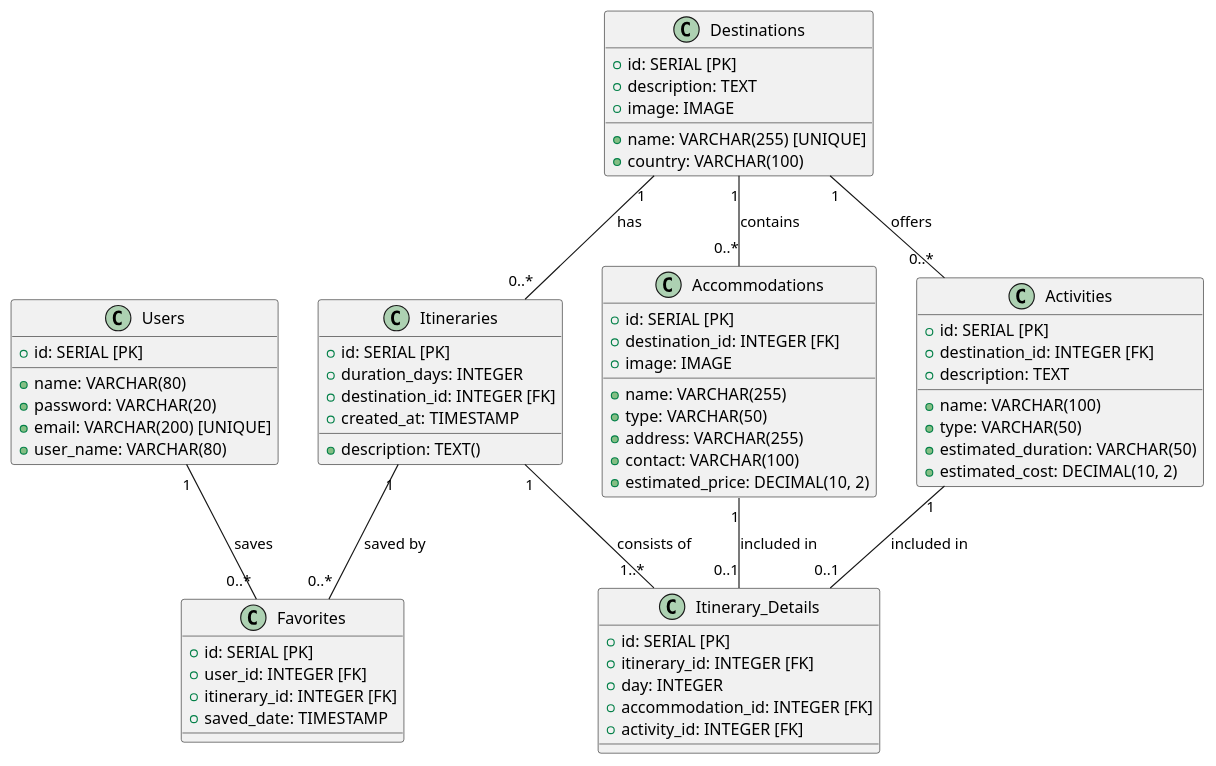
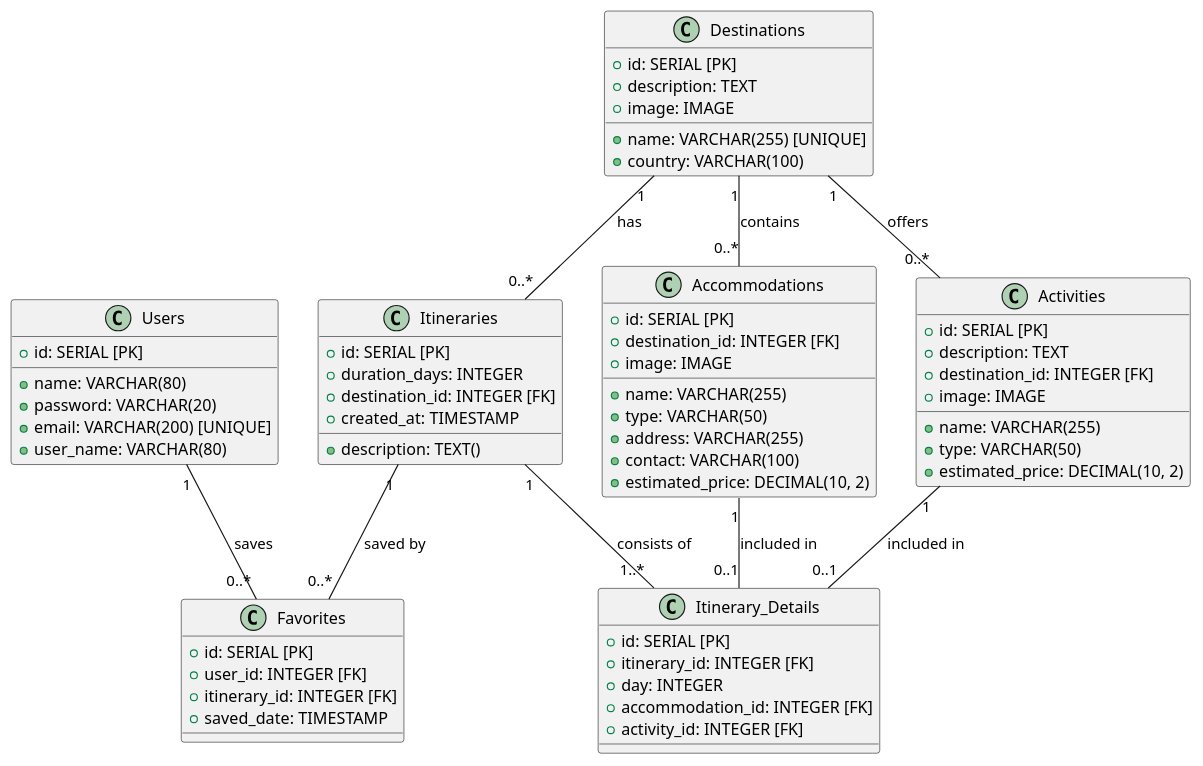
Before and after one commit to Fire-Fairy84/trip_planner_back: the diagram in diagram.puml, drawn with PlantUML.

Commit message:
diagram activities

```diff
--- a/diagram.puml
+++ b/diagram.puml
@@ -1,76 +1,76 @@
    @startuml
 
 ' Definition of the entities
 
 class Users {
     +id: SERIAL [PK]
     +name: VARCHAR(80)
     +password: VARCHAR(20)
     +email: VARCHAR(200) [UNIQUE]
     +user_name: VARCHAR(80)
 }
 
 class Destinations {
     +id: SERIAL [PK]
     +name: VARCHAR(255) [UNIQUE]
     +description: TEXT
     +country: VARCHAR(100)
     +image: IMAGE
 }
 
 class Accommodations {
     +id: SERIAL [PK]
     +name: VARCHAR(255)
     +type: VARCHAR(50)
     +address: VARCHAR(255)
     +contact: VARCHAR(100)
     +estimated_price: DECIMAL(10, 2)
     +destination_id: INTEGER [FK]
     +image: IMAGE
 }
 
 class Activities {
     +id: SERIAL [PK]
+    +name: VARCHAR(255)
+    +type: VARCHAR(50)
+    +description: TEXT
+    +estimated_price: DECIMAL(10, 2)
     +destination_id: INTEGER [FK]
-    +name: VARCHAR(100)
-    +description: TEXT
-    +type: VARCHAR(50)
-    +estimated_duration: VARCHAR(50)
-    +estimated_cost: DECIMAL(10, 2)
+    +image: IMAGE
 }
 
 class Itineraries {
     +id: SERIAL [PK]
     +description: TEXT()
     +duration_days: INTEGER
     +destination_id: INTEGER [FK]
     +created_at: TIMESTAMP
 }
 
 class Itinerary_Details {
     +id: SERIAL [PK]
     +itinerary_id: INTEGER [FK]
     +day: INTEGER
     +accommodation_id: INTEGER [FK]
     +activity_id: INTEGER [FK]
 }
 
 class Favorites {
     +id: SERIAL [PK]
     +user_id: INTEGER [FK]
     +itinerary_id: INTEGER [FK]
     +saved_date: TIMESTAMP
 }
 
 ' Relationships with cardinality
 
 Users "1" -- "0..*" Favorites : saves
 Destinations "1" -- "0..*" Accommodations : contains
 Destinations "1" -- "0..*" Activities : offers
 Destinations "1" -- "0..*" Itineraries : has
 Itineraries "1" -- "1..*" Itinerary_Details : consists of
 Accommodations "1" -- "0..1" Itinerary_Details : included in
 Activities "1" -- "0..1" Itinerary_Details : included in
 Itineraries "1" -- "0..*" Favorites : saved by
 
 @enduml
```
